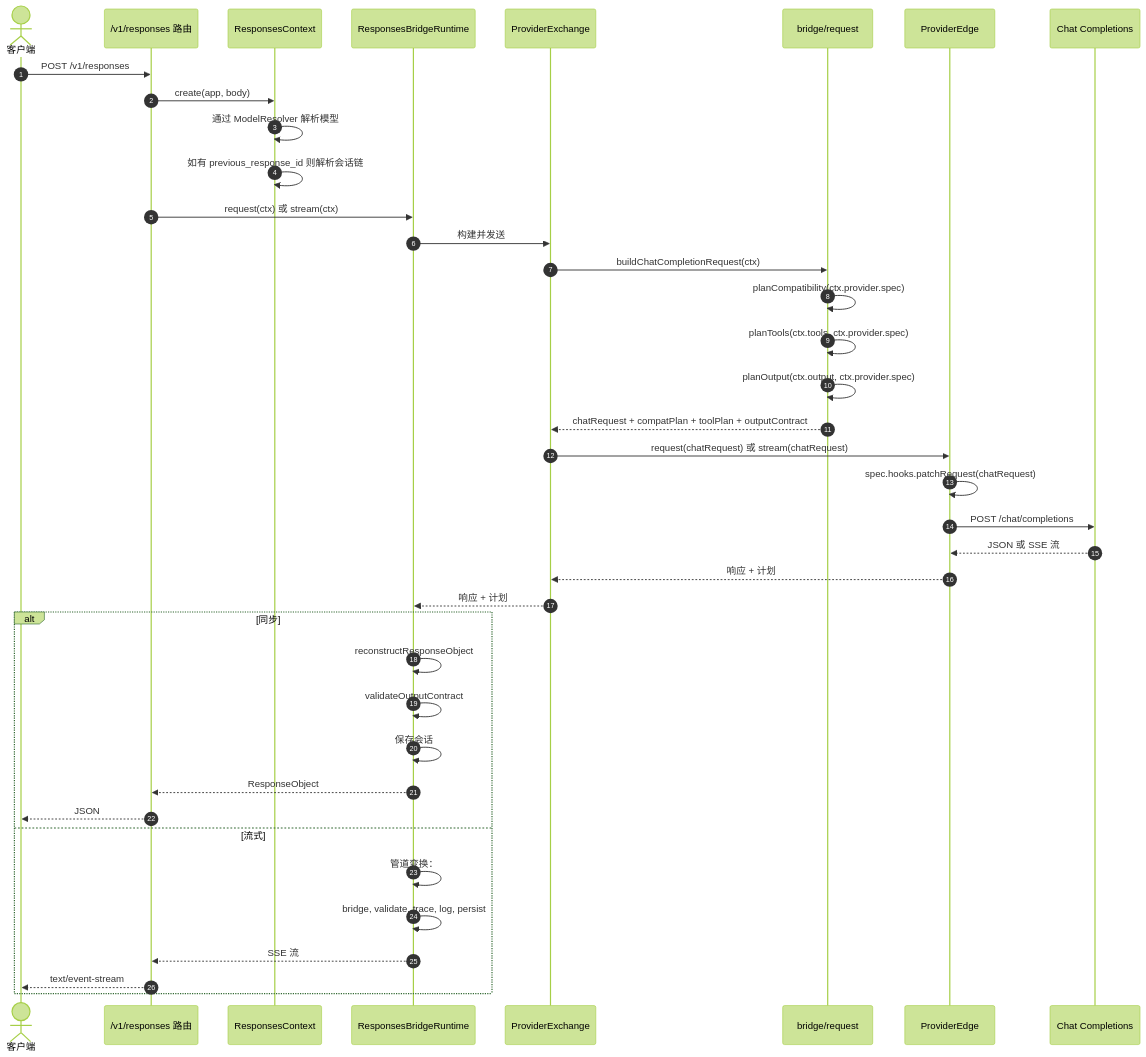
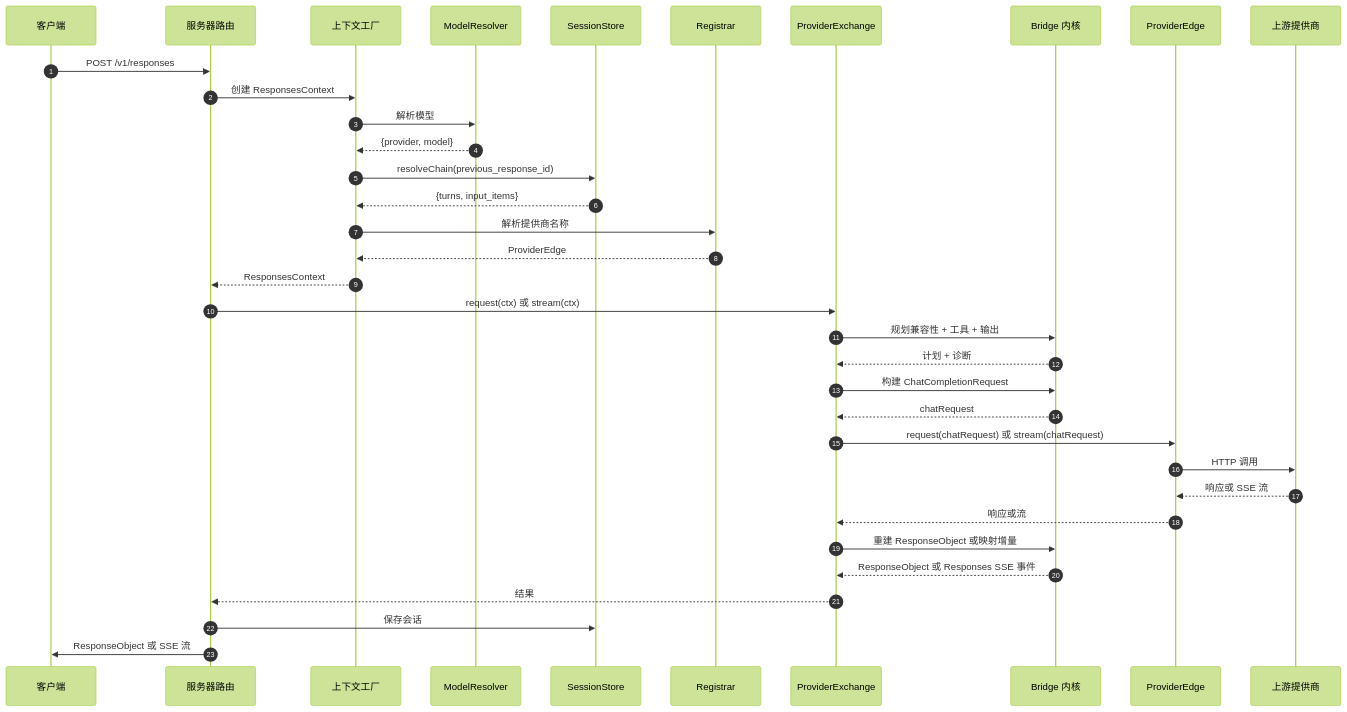
One commit to zamelee/GodeX changed the second of 3 diagrams in wiki/zh/onboarding/staff-engineer-guide.md. Above: the diagram before and after it, drawn with Mermaid (forest theme). The commit also changed other lines of this file and 120 other files, not shown here.

Commit message:
docs: comprehensive VitePress wiki with dark theme, EN/ZH sync, and Mermaid fixes (#118)

````diff
--- a/wiki/zh/onboarding/staff-engineer-guide.md
+++ b/wiki/zh/onboarding/staff-engineer-guide.md
@@ -213,42 +206,39 @@
 ```mermaid
 sequenceDiagram
   autonumber
-  actor Client as 客户端
-  participant Route as /v1/responses 路由
-  participant Ctx as ResponsesContext
-  participant Runtime as ResponsesBridgeRuntime
-  participant Exchange as ProviderExchange
-  participant Bridge as bridge/request
-  participant Edge as ProviderEdge
-  participant Upstream as Chat Completions
+  participant C as 客户端
+  participant S as 服务器路由
+  participant PF as 上下文工厂
+  participant R as ModelResolver
+  participant SS as SessionStore
+  participant RG as Registrar
+  participant EX as ProviderExchange
+  participant BK as Bridge 内核
+  participant PE as ProviderEdge
+  participant UP as 上游提供商
 
-  Client->>Route: POST /v1/responses
-  Route->>Ctx: create(app, body)
-  Ctx->>Ctx: 通过 ModelResolver 解析模型
-  Ctx->>Ctx: 如有 previous_response_id 则解析会话链
-  Route->>Runtime: request(ctx) 或 stream(ctx)
-  Runtime->>Exchange: 构建并发送
-  Exchange->>Bridge: buildChatCompletionRequest(ctx)
-  Bridge->>Bridge: planCompatibility(ctx.provider.spec)
-  Bridge->>Bridge: planTools(ctx.tools, ctx.provider.spec)
-  Bridge->>Bridge: planOutput(ctx.output, ctx.provider.spec)
-  Bridge-->>Exchange: chatRequest + compatPlan + toolPlan + outputContract
-  Exchange->>Edge: request(chatRequest) 或 stream(chatRequest)
-  Edge->>Edge: spec.hooks.patchRequest(chatRequest)
-  Edge->>Upstream: POST /chat/completions
-  Upstream-->>Edge: JSON 或 SSE 流
-  Edge-->>Exchange: 响应 + 计划
-  Exchange-->>Runtime: 响应 + 计划
-  alt 同步
-    Runtime->>Runtime: reconstructResponseObject
-    Runtime->>Runtime: validateOutputContract
-    Runtime->>Runtime: 保存会话
-    Runtime-->>Route: ResponseObject
-    Route-->>Client: JSON
-  else 流式
-    Runtime->>Runtime: 管道变换：
-    Runtime->>Runtime: bridge, validate, trace, log, persist
-    Runtime-->>Route: SSE 流
-    Route-->>Client: text/event-stream
-  end
+  C->>S: POST /v1/responses
+  S->>PF: 创建 ResponsesContext
+  PF->>R: 解析模型
+  R-->>PF: {provider, model}
+  PF->>SS: resolveChain(previous_response_id)
+  SS-->>PF: {turns, input_items}
+  PF->>RG: 解析提供商名称
+  RG-->>PF: ProviderEdge
+  PF-->>S: ResponsesContext
+
+  S->>EX: request(ctx) 或 stream(ctx)
+  EX->>BK: 规划兼容性 + 工具 + 输出
+  BK-->>EX: 计划 + 诊断
+  EX->>BK: 构建 ChatCompletionRequest
+  BK-->>EX: chatRequest
+  EX->>PE: request(chatRequest) 或 stream(chatRequest)
+  PE->>UP: HTTP 调用
+  UP-->>PE: 响应或 SSE 流
+  PE-->>EX: 响应或流
+  EX->>BK: 重建 ResponseObject 或映射增量
+  BK-->>EX: ResponseObject 或 Responses SSE 事件
+  EX-->>S: 结果
+  S->>SS: 保存会话
+  S->>C: ResponseObject 或 SSE 流
 ```
````
